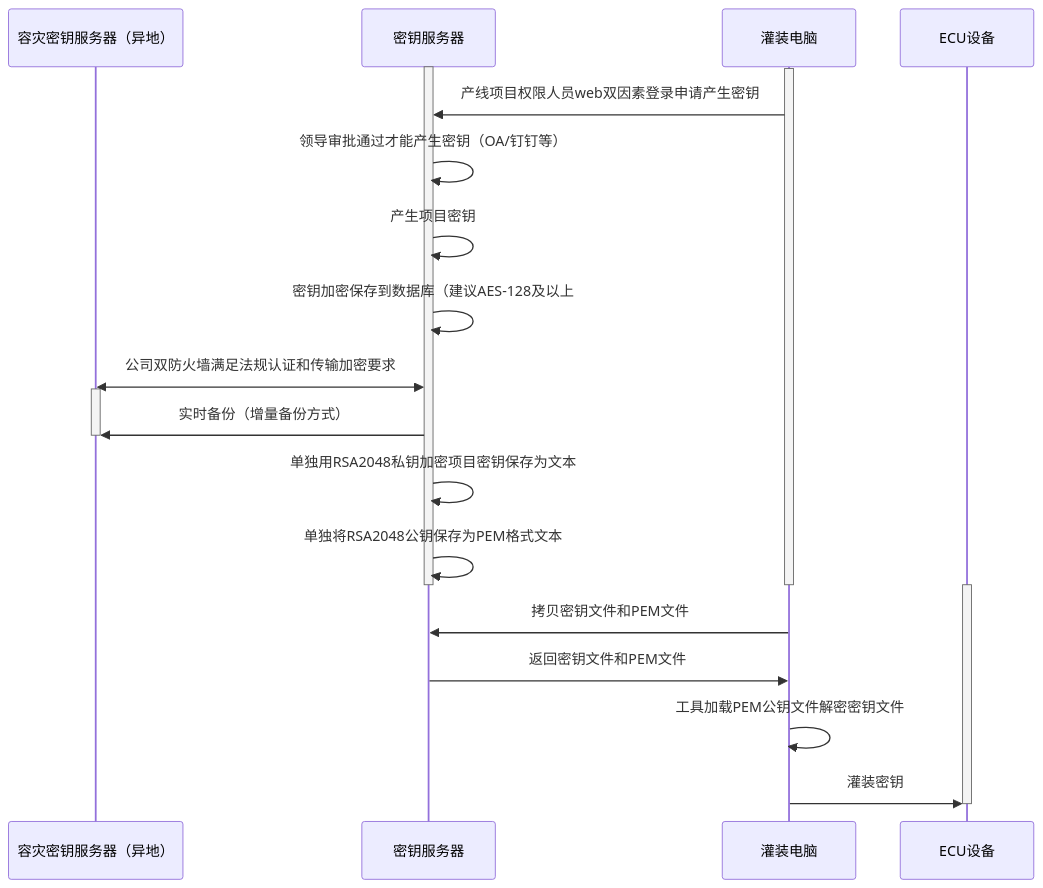
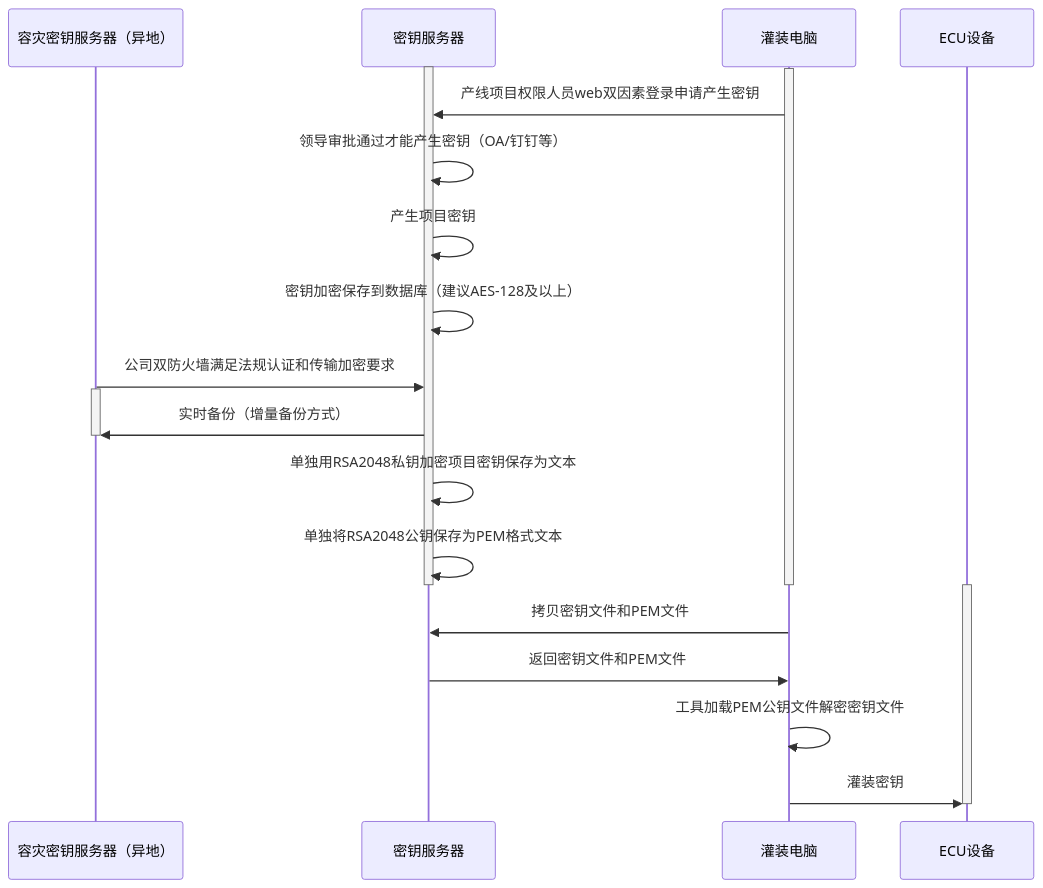
One commit to facebook-cloud/iodraw-files changed the diagram in all/未命名-15.md. Above: the diagram before and after it, drawn with Mermaid.

Commit message:
2026-02-11 19:31:02 update

````diff
--- a/all/未命名-15.md
+++ b/all/未命名-15.md
@@ -1,31 +1,31 @@
 ```mermaid
 sequenceDiagram
     participant A as 容灾密钥服务器（异地）
     participant B as 密钥服务器
     participant D as 灌装电脑
     participant E as ECU设备
 
     activate B
     activate D
     D->>B: 产线项目权限人员web双因素登录申请产生密钥
     B->>B: 领导审批通过才能产生密钥（OA/钉钉等）
     B->>B: 产生项目密钥
-    B->>B: 密钥加密保存到数据库（建议AES-128及以上
-    A<<->>B: 公司双防火墙满足法规认证和传输加密要求
+    B->>B: 密钥加密保存到数据库（建议AES-128及以上）
+    A->>B: 公司双防火墙满足法规认证和传输加密要求
 
     activate A
     B->>A: 实时备份（增量备份方式）
     deactivate A
     B->>B: 单独用RSA2048私钥加密项目密钥保存为文本
     B->>B: 单独将RSA2048公钥保存为PEM格式文本
     deactivate B
     deactivate D
 
     activate E
     D->>B: 拷贝密钥文件和PEM文件
     B->>D: 返回密钥文件和PEM文件
     D->>D:工具加载PEM公钥文件解密密钥文件
     D->>E: 灌装密钥
     deactivate E
 
 ```
````
